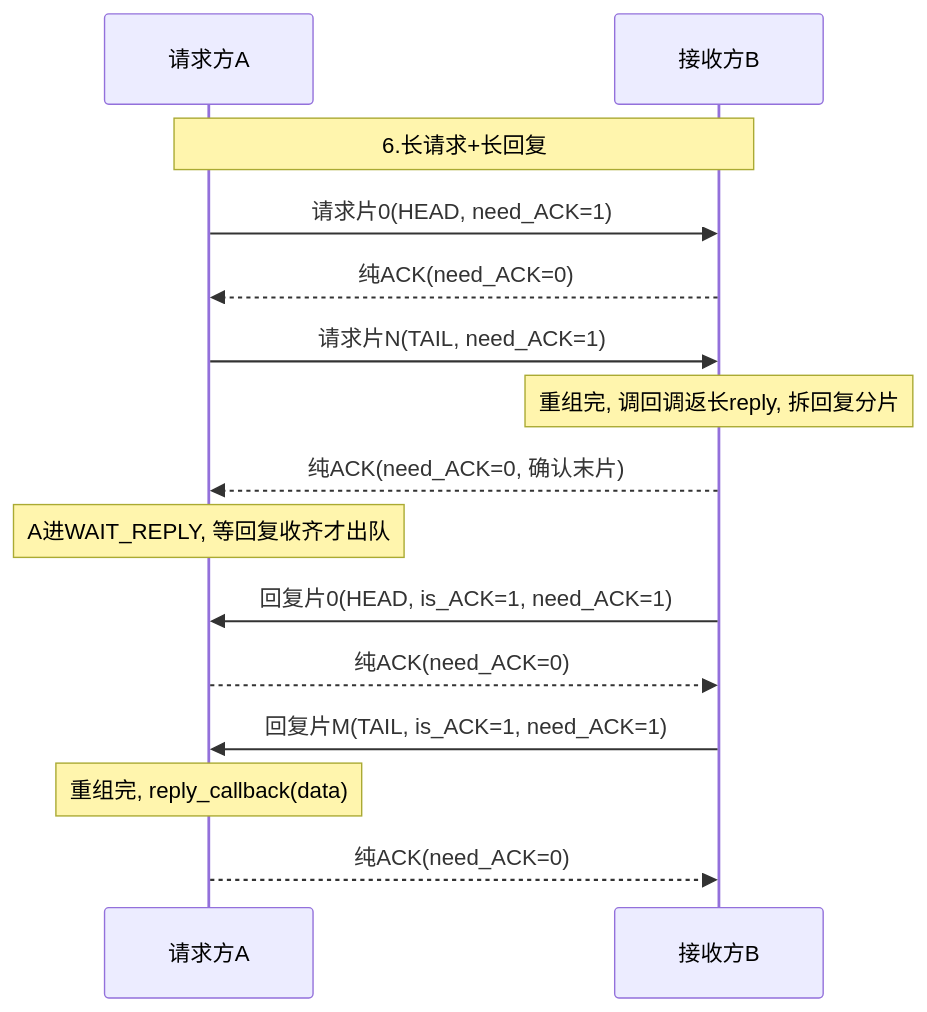
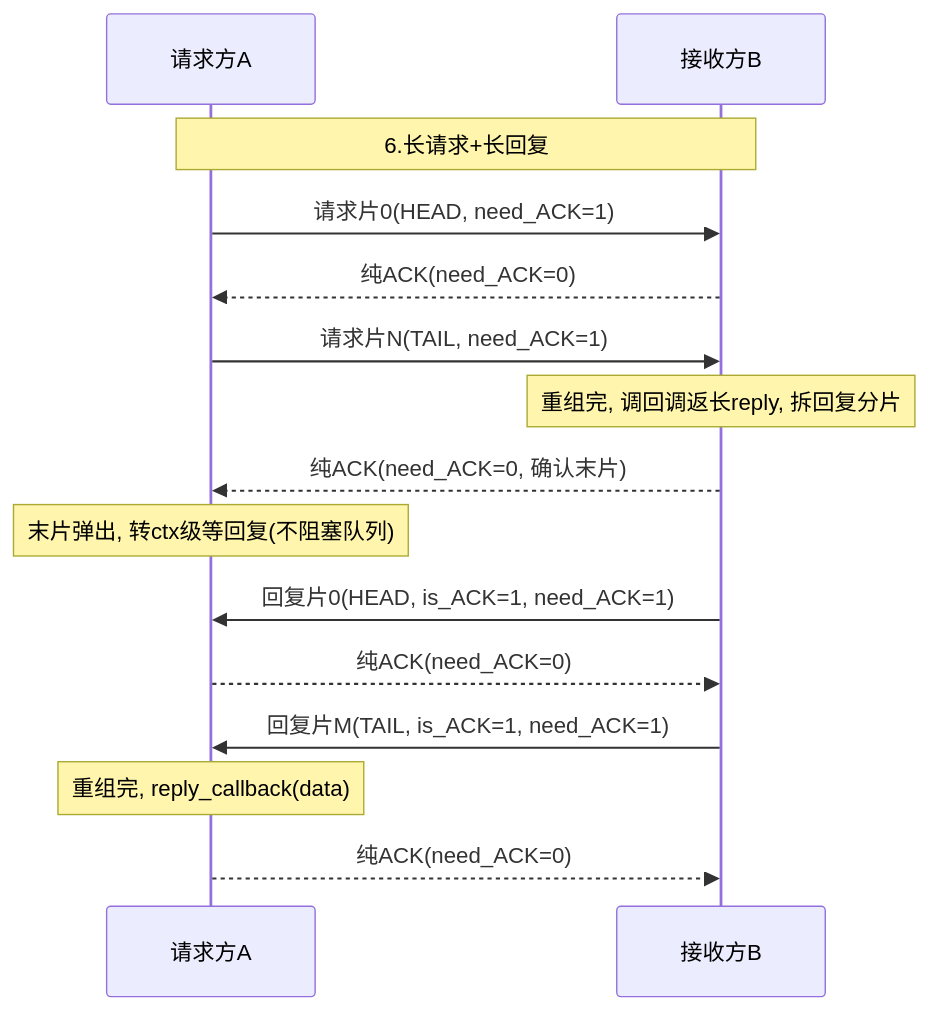
The sixth of 13 diagrams in 工作/项目/代码/260401S3分拣面板-SIA-R9000P.md (Siaiai/ObsidianNote), drawn with Mermaid before and after one commit. The commit also changed other lines of this file and 1 other file, not shown here.

````diff
--- a/工作/项目/代码/260401S3分拣面板-SIA-R9000P.md
+++ b/工作/项目/代码/260401S3分拣面板-SIA-R9000P.md
@@ -146,17 +154,17 @@
 ```mermaid
 sequenceDiagram
     participant A as 请求方A
     participant B as 接收方B
     Note over A,B: 6.长请求+长回复
     A->>B: 请求片0(HEAD, need_ACK=1)
     B-->>A: 纯ACK(need_ACK=0)
     A->>B: 请求片N(TAIL, need_ACK=1)
     Note over B: 重组完, 调回调返长reply, 拆回复分片
     B-->>A: 纯ACK(need_ACK=0, 确认末片)
-    Note over A: A进WAIT_REPLY, 等回复收齐才出队
+    Note over A: 末片弹出, 转ctx级等回复(不阻塞队列)
     B->>A: 回复片0(HEAD, is_ACK=1, need_ACK=1)
     A-->>B: 纯ACK(need_ACK=0)
     B->>A: 回复片M(TAIL, is_ACK=1, need_ACK=1)
     Note over A: 重组完, reply_callback(data)
     A-->>B: 纯ACK(need_ACK=0)
 ```
````
